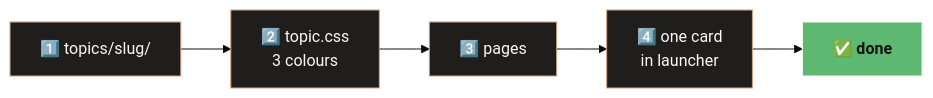
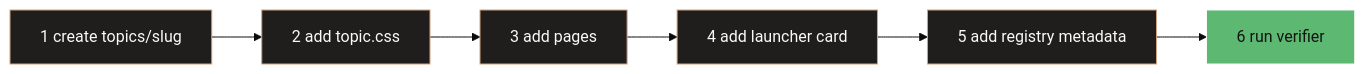
Before and after one commit to debsumar/Debanjans-learning-system: the third of 3 diagrams in README.md, drawn with Mermaid (base theme). The commit also changed other lines of this file and 19 other files, not shown here.

First line of the commit message:
Fix audit findings: card padding, a11y, SVG geometry, print, registry

````diff
--- a/README.md
+++ b/README.md
@@ -120,8 +123,8 @@
 ```mermaid
 flowchart LR
-  A["1️⃣ topics/slug/"] --> B["2️⃣ topic.css<br/>3 colours"] --> C["3️⃣ pages"] --> D["4️⃣ one card<br/>in launcher"] --> E["✅ done"]
+  A["1 create topics/slug"] --> B["2 add topic.css"] --> C["3 add pages"] --> D["4 add launcher card"] --> E["5 add registry metadata"] --> F["6 run verifier"]
   classDef s fill:#1f1e1c,stroke:#d4a27f,color:#faf9f5
-  classDef d fill:#5db872,stroke:#faf9f5,color:#141413,font-weight:bold
-  class A,B,C,D s
-  class E d
+  classDef d fill:#5db872,stroke:#faf9f5,color:#141413
+  class A,B,C,D,E s
+  class F d
 ```
````
